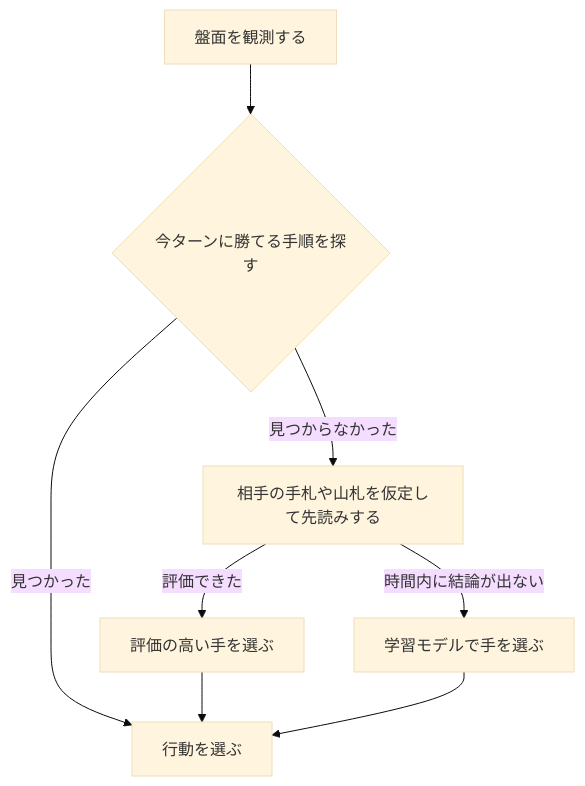
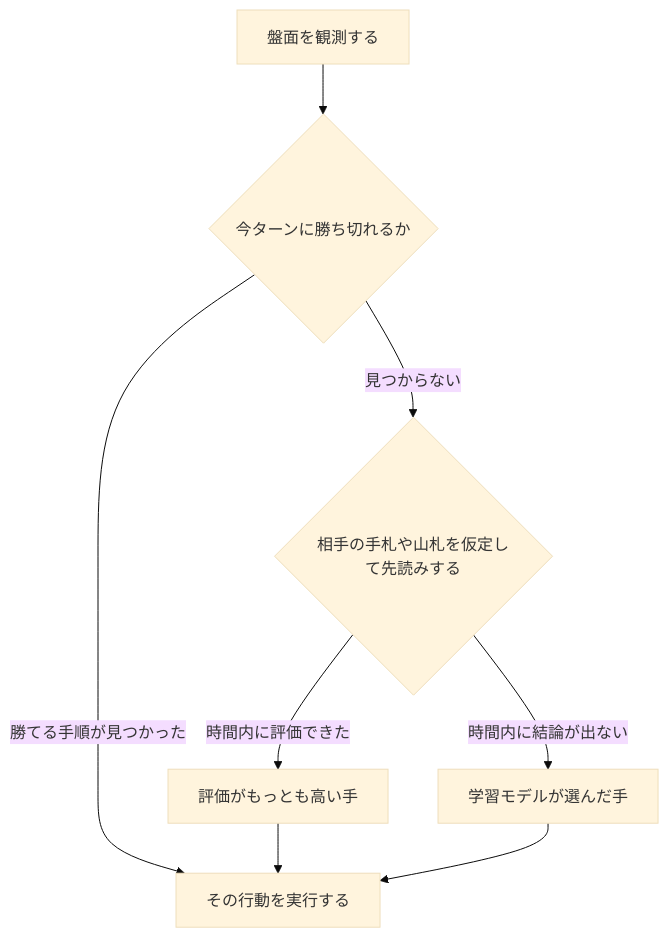
One commit to pokemon-ai-challenge/pokemon-tcg-ai-battle changed the diagram in README.md. Above: the diagram before and after it, drawn with Mermaid (base theme). The commit also changed other lines of this file and 1 other file, not shown here.

````diff
--- a/README.md
+++ b/README.md
@@ -44,10 +47,10 @@
 ```mermaid
 flowchart TD
-    A[盤面を観測する] --> B{今ターンに勝てる手順を探す}
-    B -->|見つかった| Z[行動を選ぶ]
-    B -->|見つからなかった| C[相手の手札や山札を仮定して先読みする]
-    C -->|評価できた| D[評価の高い手を選ぶ]
-    C -->|時間内に結論が出ない| E[学習モデルで手を選ぶ]
+    A[盤面を観測する] --> B{今ターンに勝ち切れるか}
+    B -->|勝てる手順が見つかった| Z[その行動を実行する]
+    B -->|見つからない| C{相手の手札や山札を仮定して先読みする}
+    C -->|時間内に評価できた| D[評価がもっとも高い手]
+    C -->|時間内に結論が出ない| E[学習モデルが選んだ手]
     D --> Z
     E --> Z
 ```
````
